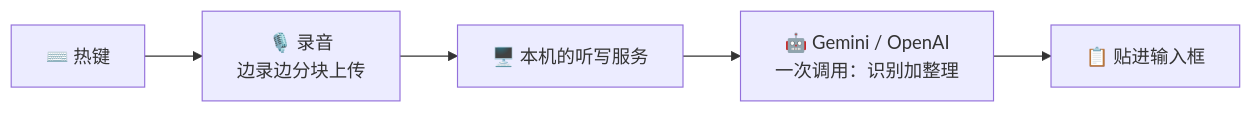
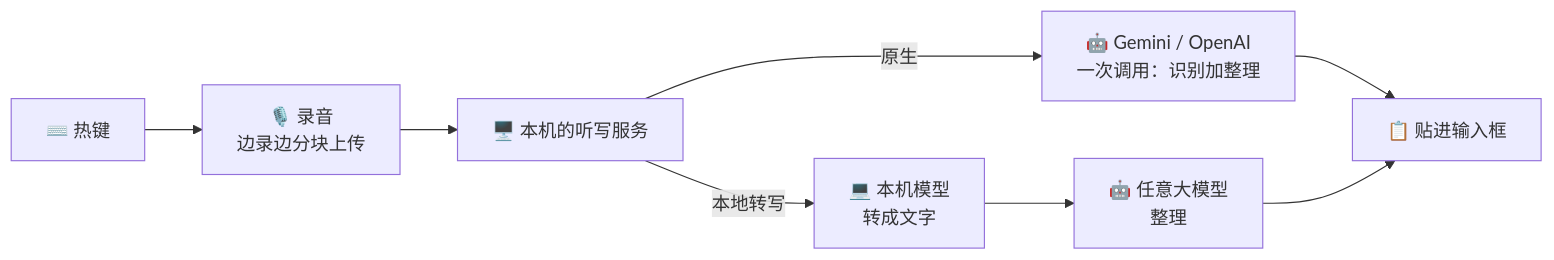
Before and after one commit to GavinMo1/speakmore: the diagram in README.zh-CN.md, drawn with Mermaid. The commit also changed other lines of this file and 8 other files, not shown here.

````diff
--- a/README.zh-CN.md
+++ b/README.zh-CN.md
@@ -91,7 +91,10 @@
 ```mermaid
 flowchart LR
   A["⌨️ 热键"] --> B["🎙️ 录音<br/>边录边分块上传"]
   B --> C["🖥️ 本机的听写服务"]
-  C --> D["🤖 Gemini / OpenAI<br/>一次调用：识别加整理"]
+  C -- 原生 --> D["🤖 Gemini / OpenAI<br/>一次调用：识别加整理"]
+  C -- 本地转写 --> L["💻 本机模型<br/>转成文字"]
+  L --> P["🤖 任意大模型<br/>整理"]
   D --> E["📋 贴进输入框"]
+  P --> E
 ```
````
